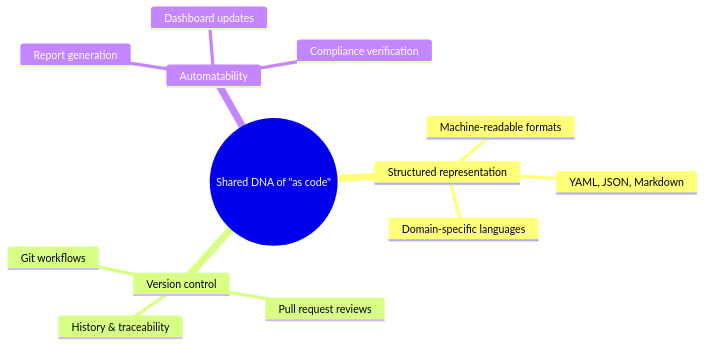
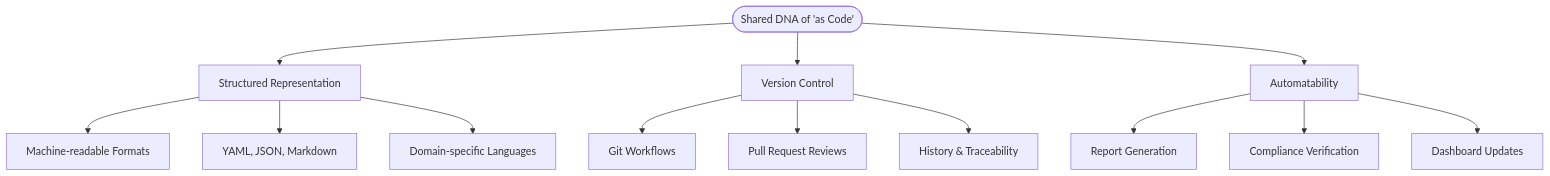
The diagram in docs/images/mindmap_23a_shared_dna.mmd (Geonitab/architecture_as_code), drawn with Mermaid before and after one commit. The commit also changed 31 other files, not shown here.

First line of the commit message:
Improve diagram readability: convert mindmaps to graph TD, redesign key diagrams

```diff
--- a/docs/images/mindmap_23a_shared_dna.mmd
+++ b/docs/images/mindmap_23a_shared_dna.mmd
@@ -1,14 +1,14 @@
-mindmap
-  root((Shared DNA of "as code"))
-    Structured representation
-      Machine-readable formats
-      YAML, JSON, Markdown
-      Domain-specific languages
-    Version control
-      Git workflows
-      Pull request reviews
-      History & traceability
-    Automatability
-      Report generation
-      Compliance verification
-      Dashboard updates
+graph TD
+    ROOT(["Shared DNA of 'as Code'"])
+    ROOT --> SR["Structured Representation"]
+    ROOT --> VC["Version Control"]
+    ROOT --> AUTO["Automatability"]
+    SR --> SR1["Machine-readable Formats"]
+    SR --> SR2["YAML, JSON, Markdown"]
+    SR --> SR3["Domain-specific Languages"]
+    VC --> VC1["Git Workflows"]
+    VC --> VC2["Pull Request Reviews"]
+    VC --> VC3["History & Traceability"]
+    AUTO --> AUTO1["Report Generation"]
+    AUTO --> AUTO2["Compliance Verification"]
+    AUTO --> AUTO3["Dashboard Updates"]
```
